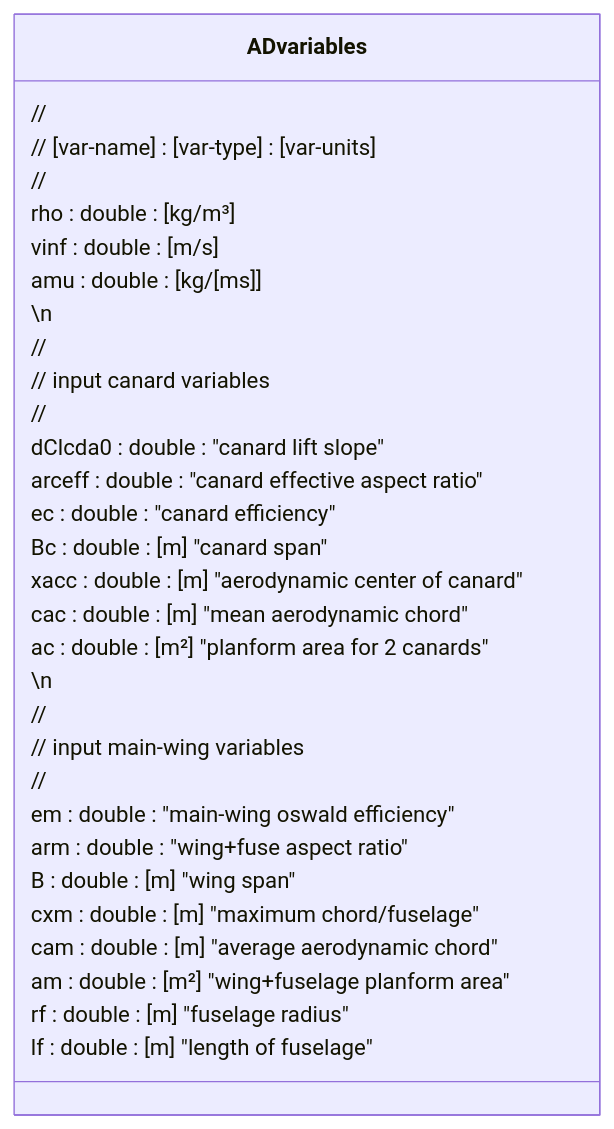
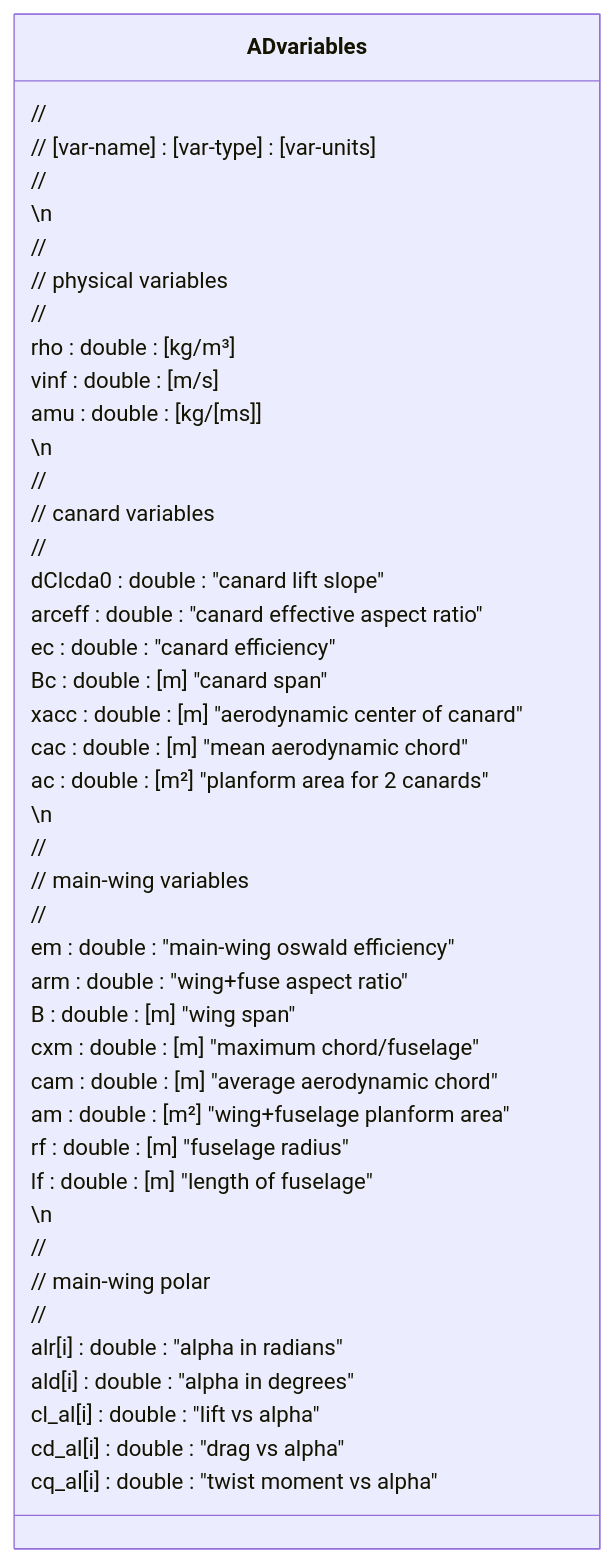
One commit to Transonic-Integrated-AeroDesign/AeroDes changed the first of 2 diagrams in src/readme.md. Above: the diagram before and after it, drawn with Mermaid. The commit also changed other lines of this file and 2 other files, not shown here.

Commit message:
-changes to readme -new canareq functions

````diff
--- a/src/readme.md
+++ b/src/readme.md
@@ -5,35 +5,48 @@
 ```mermaid
 classDiagram
   direction TB
   class ADvariables {
     // 
     // [var-name] : [var-type] : [var-units]
-    //  
+    // 
+    \n
+    //
+    // physical variables
+    // 
     rho : double : [kg/m&sup3]
     vinf : double : [m/s]
     amu : double : [kg/[ms]]
     \n
     //
-    // input canard variables
+    // canard variables
     //
     dClcda0 : double : "canard lift slope"
     arceff : double : "canard effective aspect ratio"
     ec : double : "canard efficiency"
     Bc : double : [m] "canard span"
     xacc : double : [m] "aerodynamic center of canard"
     cac : double : [m] "mean aerodynamic chord"
     ac : double : [m&sup2] "planform area for 2 canards"
     \n
     //
-    // input main-wing variables
+    // main-wing variables
     //
     em : double : "main-wing oswald efficiency"
     arm : double : "wing+fuse aspect ratio"
     B : double : [m] "wing span"
     cxm : double : [m] "maximum chord/fuselage"
     cam : double : [m] "average aerodynamic chord"
     am : double : [m&sup2] "wing+fuselage planform area"
     rf : double : [m] "fuselage radius"
     lf : double : [m] "length of fuselage"
+    \n
+    //
+    // main-wing polar
+    //
+    alr[i] : double  : "alpha in radians"
+    ald[i] : double : "alpha in degrees"
+    cl_al[i] : double : "lift vs alpha"
+    cd_al[i] : double : "drag vs alpha"
+    cq_al[i] : double : "twist moment vs alpha"
   }
 ```
````
